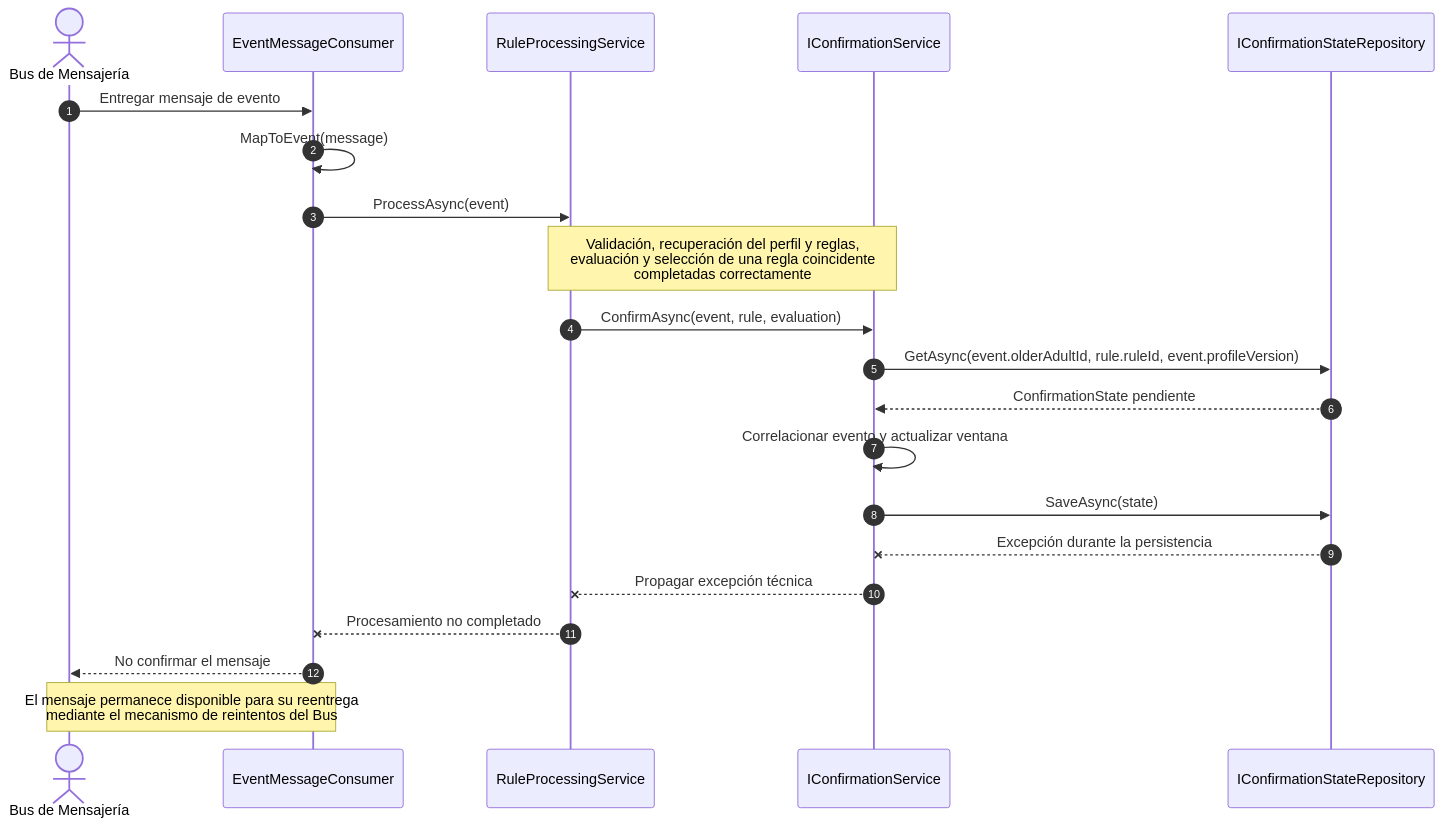
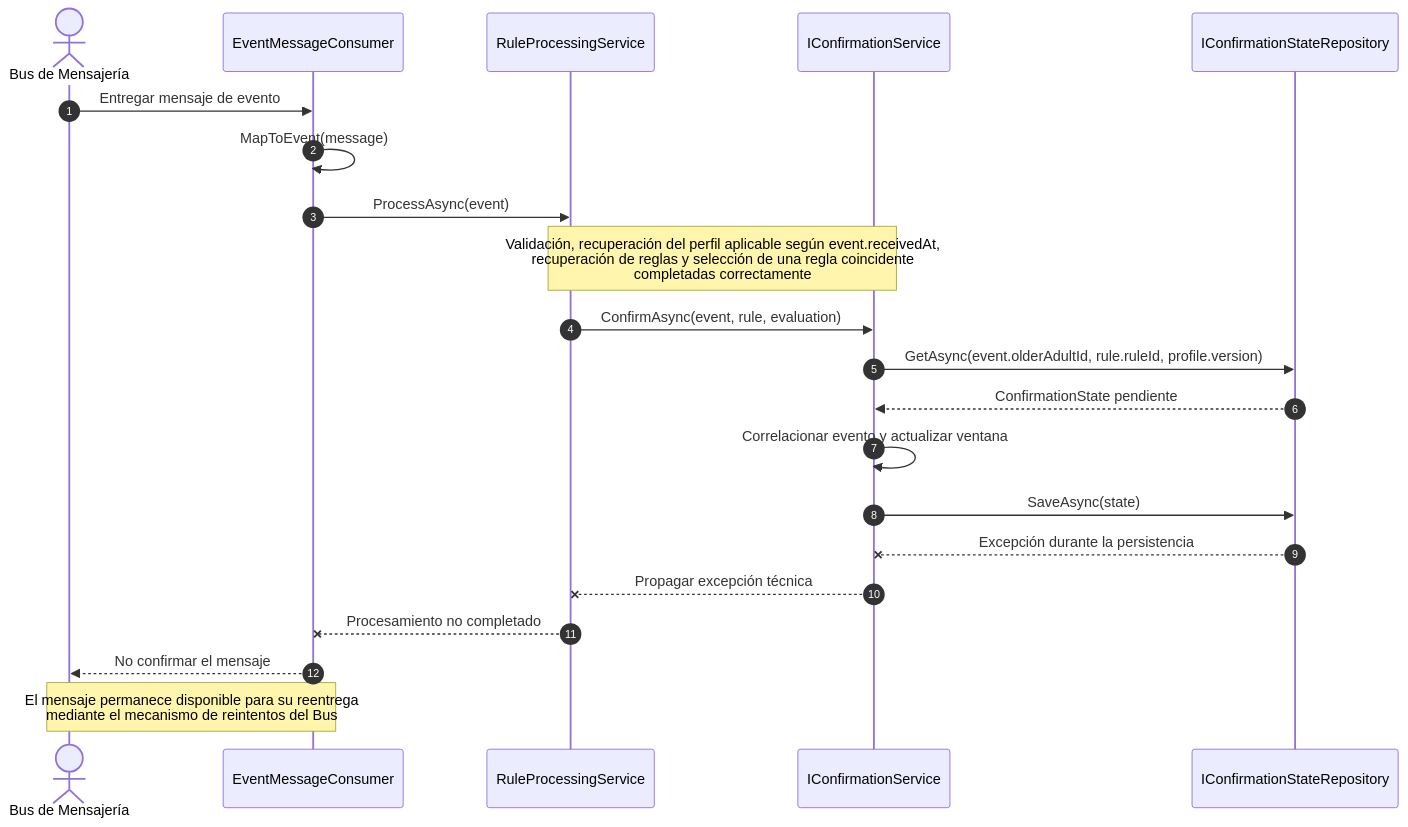
One commit to pswe04-seniorcarehub/pswe04-senior-care-hub-c2-2026 changed the diagram in diagramas/componente1/secuencia-comp1-error.mmd. Above: the diagram before and after it, drawn with Mermaid. The commit also changed 12 other files, not shown here.

Commit message:
docs(entrega-final): alinear la resolución de la versión del perfil entre componentes

```diff
--- a/diagramas/componente1/secuencia-comp1-error.mmd
+++ b/diagramas/componente1/secuencia-comp1-error.mmd
@@ -1,30 +1,30 @@
 sequenceDiagram
     autonumber
 
     actor Bus as Bus de Mensajería
     participant Consumer as EventMessageConsumer
     participant Service as RuleProcessingService
     participant Confirmation as IConfirmationService
     participant StateRepo as IConfirmationStateRepository
 
     Bus->>Consumer: Entregar mensaje de evento
     Consumer->>Consumer: MapToEvent(message)
     Consumer->>Service: ProcessAsync(event)
 
-    Note over Service,Confirmation: Validación, recuperación del perfil y reglas,<br/>evaluación y selección de una regla coincidente<br/>completadas correctamente
+    Note over Service,Confirmation: Validación, recuperación del perfil aplicable según event.receivedAt,<br/>recuperación de reglas y selección de una regla coincidente<br/>completadas correctamente
 
     Service->>Confirmation: ConfirmAsync(event, rule, evaluation)
 
-    Confirmation->>StateRepo: GetAsync(event.olderAdultId, rule.ruleId, event.profileVersion)
+    Confirmation->>StateRepo: GetAsync(event.olderAdultId, rule.ruleId, profile.version)
     StateRepo-->>Confirmation: ConfirmationState pendiente
 
     Confirmation->>Confirmation: Correlacionar evento y actualizar ventana
     Confirmation->>StateRepo: SaveAsync(state)
 
     StateRepo--xConfirmation: Excepción durante la persistencia
     Confirmation--xService: Propagar excepción técnica
     Service--xConsumer: Procesamiento no completado
 
     Consumer-->>Bus: No confirmar el mensaje
 
     Note over Bus,Consumer: El mensaje permanece disponible para su reentrega<br/>mediante el mecanismo de reintentos del Bus
```
